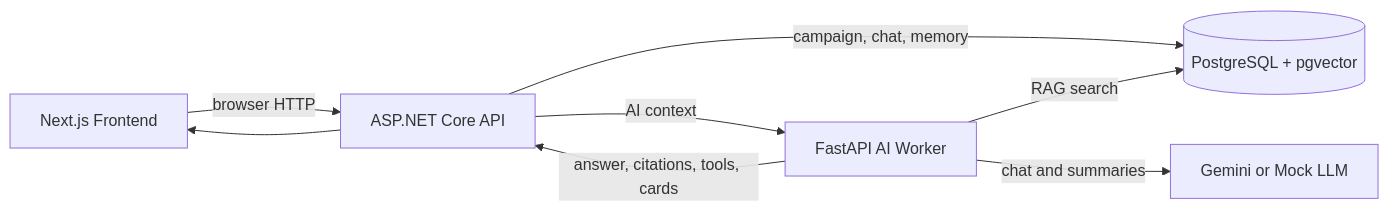
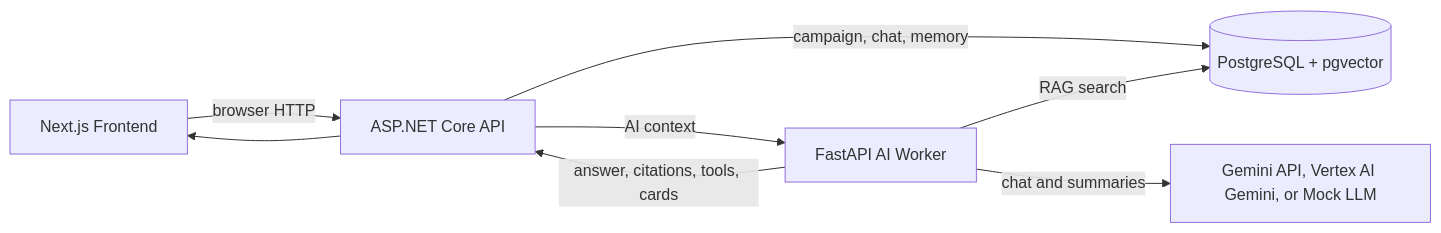
The diagram in README.md (revanza-git/dndmind), drawn with Mermaid before and after one commit. The commit also changed other lines of this file and 17 other files, not shown here.

````diff
--- a/README.md
+++ b/README.md
@@ -17,16 +17,16 @@
 ```mermaid
 flowchart LR
   Web[Next.js Frontend]
   API[ASP.NET Core API]
   Worker[FastAPI AI Worker]
   DB[(PostgreSQL + pgvector)]
-  Model[Gemini or Mock LLM]
+  Model[Gemini API, Vertex AI Gemini, or Mock LLM]
 
   Web -->|browser HTTP| API
   API -->|campaign, chat, memory| DB
   API -->|AI context| Worker
   Worker -->|RAG search| DB
   Worker -->|chat and summaries| Model
   Worker -->|answer, citations, tools, cards| API
   API --> Web
 ```
````
